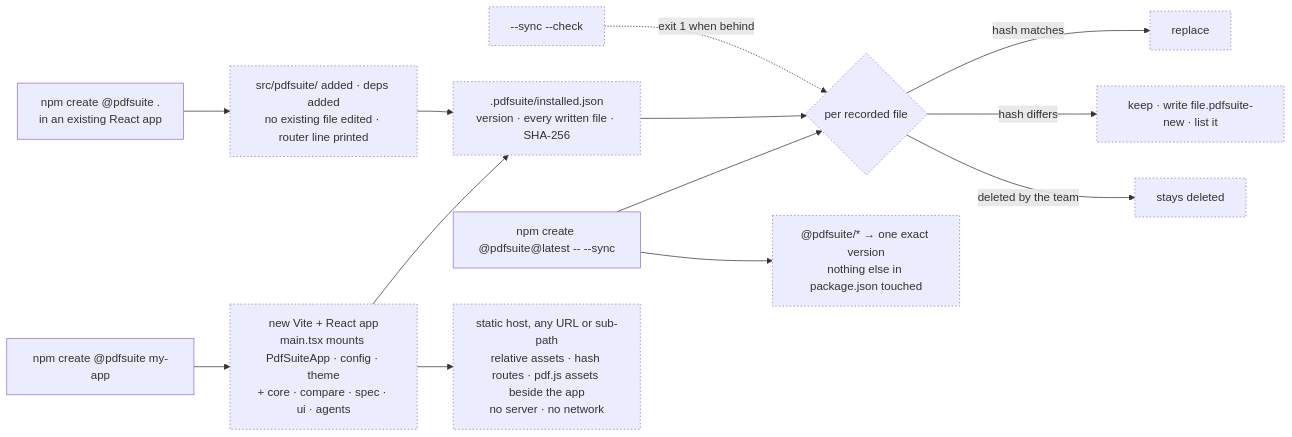
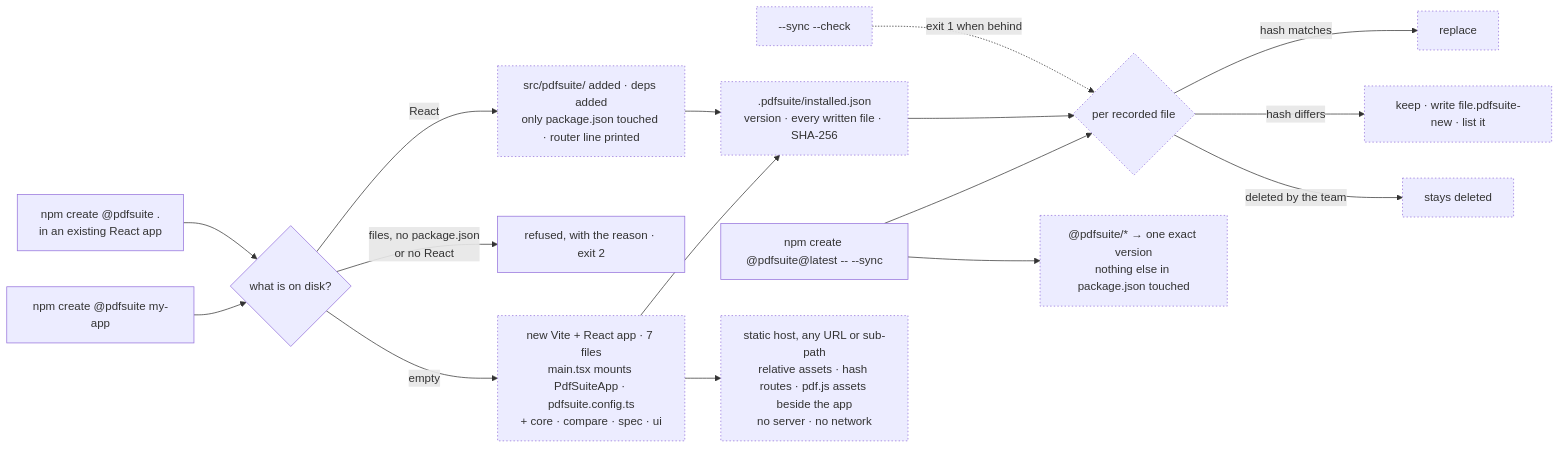
Before and after one commit to sid4861/pdf-testing-suite: diagram 23 of 26 in docs/ARCHITECTURE.md, drawn with Mermaid. The commit also changed other lines of this file and 345 other files, not shown here.

````diff
--- a/docs/ARCHITECTURE.md
+++ b/docs/ARCHITECTURE.md
@@ -857,16 +946,19 @@
 ```mermaid
 flowchart LR
   classDef plan stroke-dasharray: 2 3
-  N["npm create @pdfsuite my-app"] --> NEW["new Vite + React app<br/>main.tsx mounts PdfSuiteApp · config · theme<br/>+ core · compare · spec · ui · agents"]
-  E["npm create @pdfsuite .<br/>in an existing React app"] --> ADD["src/pdfsuite/ added · deps added<br/>no existing file edited · router line printed"]
+  N["npm create @pdfsuite my-app"] --> D{"what is on disk?"}
+  D -->|"empty"| NEW["new Vite + React app · 7 files<br/>main.tsx mounts PdfSuiteApp · pdfsuite.config.ts<br/>+ core · compare · spec · ui"]
+  D -->|"files, no package.json<br/>or no React"| REF["refused, with the reason · exit 2"]
+  E["npm create @pdfsuite .<br/>in an existing React app"] --> D
+  D -->|"React"| ADD["src/pdfsuite/ added · deps added<br/>only package.json touched · router line printed"]
   NEW & ADD --> REC[".pdfsuite/installed.json<br/>version · every written file · SHA-256"]
   S["npm create @pdfsuite@latest -- --sync"] --> CHK{"per recorded file"}
   REC --> CHK
   CHK -->|"hash matches"| REP["replace"]
   CHK -->|"hash differs"| KEEP["keep · write file.pdfsuite-new · list it"]
   CHK -->|"deleted by the team"| DEL["stays deleted"]
   S --> VER["@pdfsuite/* → one exact version<br/>nothing else in package.json touched"]
   CI["--sync --check"] -.->|"exit 1 when behind"| CHK
   NEW --> HOST["static host, any URL or sub-path<br/>relative assets · hash routes · pdf.js assets beside the app<br/>no server · no network"]
   class NEW,ADD,REC,CHK,REP,KEEP,DEL,VER,CI,HOST plan
 ```
````
